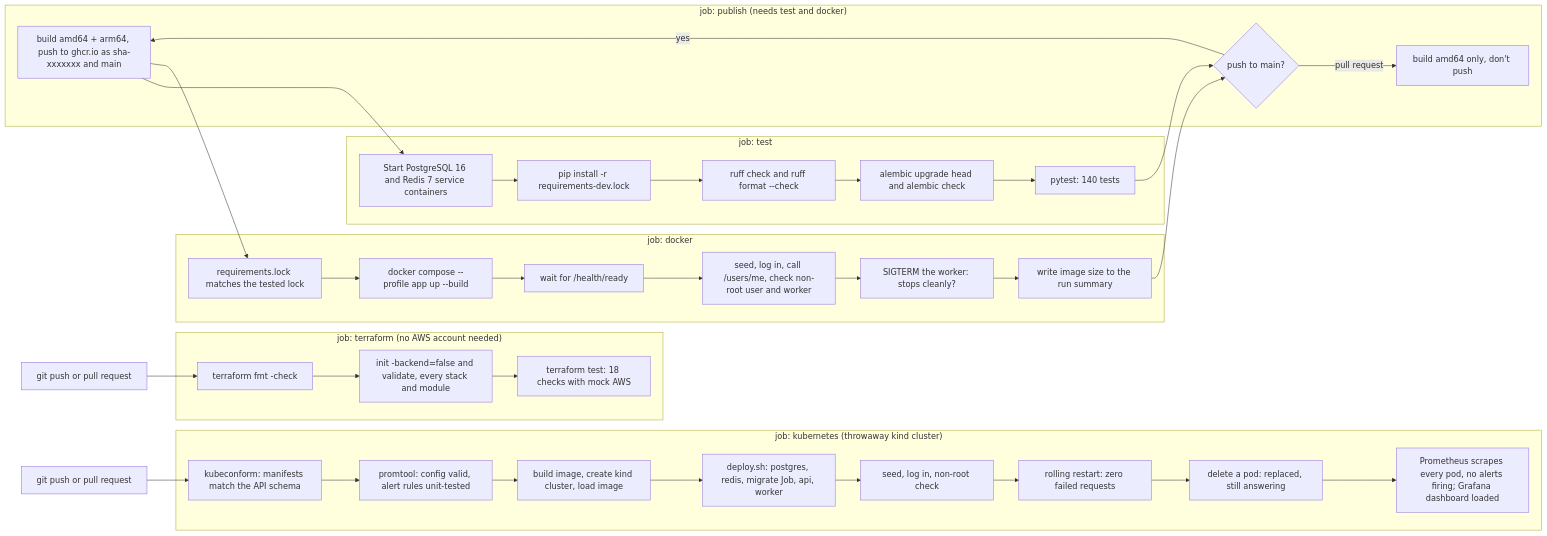
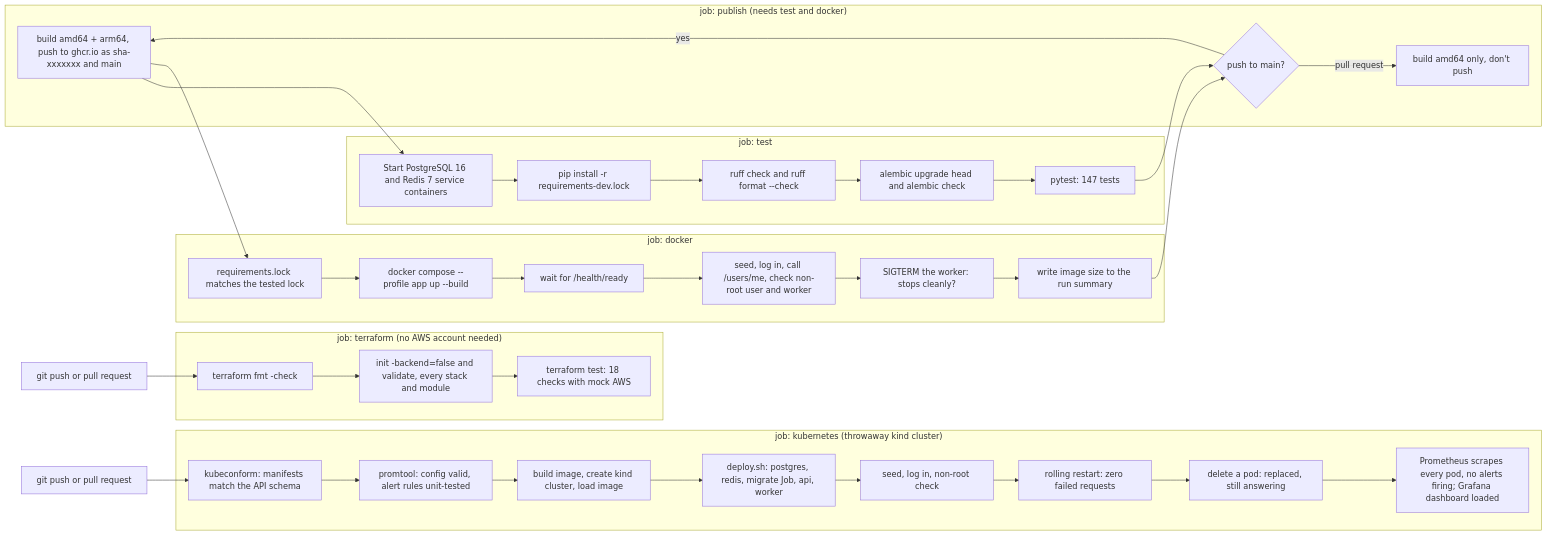
One commit to revant123/QuickServe changed the seventh of 17 diagrams in README.md. Above: the diagram before and after it, drawn with Mermaid. The commit also changed other lines of this file, not shown here.

````diff
--- a/README.md
+++ b/README.md
@@ -495,47 +497,47 @@
 ```mermaid
 flowchart LR
     push["git push or pull request"] --> pg
     push --> lock
 
     subgraph test["job: test"]
         pg["Start PostgreSQL 16 and Redis 7 service containers"] --> inst["pip install -r requirements-dev.lock"]
         inst --> lint["ruff check and ruff format --check"]
         lint --> mig["alembic upgrade head and alembic check"]
-        mig --> pyt["pytest: 140 tests"]
+        mig --> pyt["pytest: 147 tests"]
     end
 
     subgraph docker["job: docker"]
         lock["requirements.lock matches the tested lock"] --> build["docker compose --profile app up --build"]
         build --> ready["wait for /health/ready"]
         ready --> smoke["seed, log in, call /users/me, check non-root user and worker"]
         smoke --> stop["SIGTERM the worker: stops cleanly?"]
         stop --> size["write image size to the run summary"]
     end
 
     pyt --> pub
     size --> pub
 
     subgraph publish["job: publish (needs test and docker)"]
         pub{"push to main?"} -->|"yes"| push["build amd64 + arm64, push to ghcr.io as sha-xxxxxxx and main"]
         pub -->|"pull request"| only["build amd64 only, don't push"]
     end
 
     push2["git push or pull request"] --> tf
 
     subgraph terraform["job: terraform (no AWS account needed)"]
         tf["terraform fmt -check"] --> val["init -backend=false and validate, every stack and module"]
         val --> tftest["terraform test: 18 checks with mock AWS"]
     end
 
     push3["git push or pull request"] --> kc
 
     subgraph kubernetes["job: kubernetes (throwaway kind cluster)"]
         kc["kubeconform: manifests match the API schema"] --> kp["promtool: config valid, alert rules unit-tested"]
         kp --> kb["build image, create kind cluster, load image"]
         kb --> kd["deploy.sh: postgres, redis, migrate Job, api, worker"]
         kd --> ks["seed, log in, non-root check"]
         ks --> kr["rolling restart: zero failed requests"]
         kr --> kh["delete a pod: replaced, still answering"]
         kh --> km["Prometheus scrapes every pod, no alerts firing; Grafana dashboard loaded"]
     end
 ```
````
